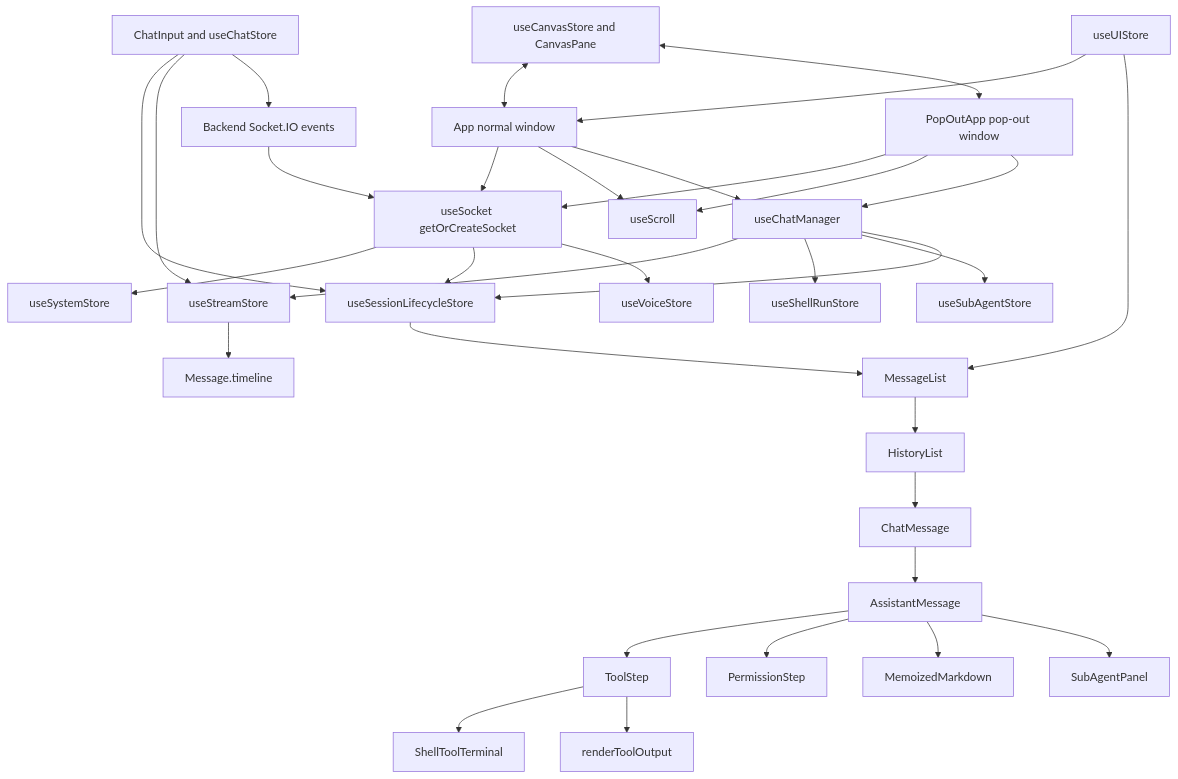
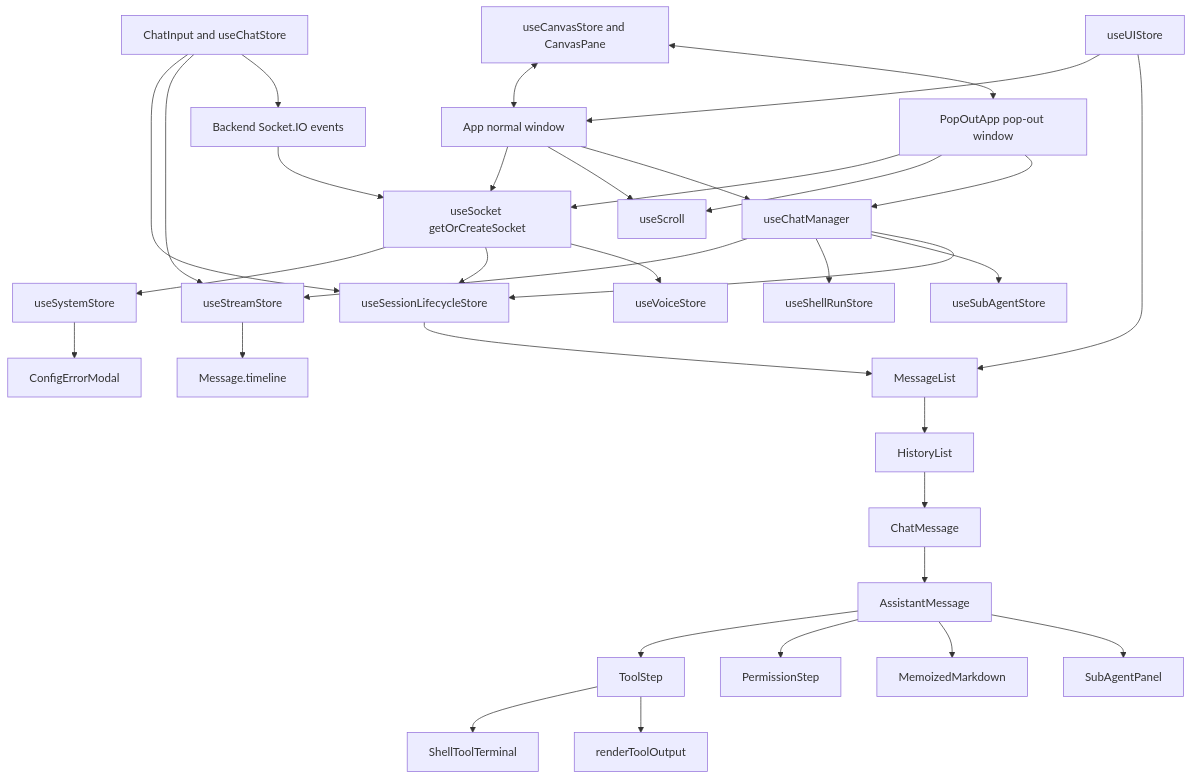
One commit to BitsInBytes/AcpUI changed the diagram in documents/[Feature Doc] - Frontend Architecture.md. Above: the diagram before and after it, drawn with Mermaid. The commit also changed other lines of this file and 68 other files, not shown here.

````diff
--- a/documents/[Feature Doc] - Frontend Architecture.md
+++ b/documents/[Feature Doc] - Frontend Architecture.md
@@ -160,40 +161,41 @@
 ```mermaid
 flowchart TB
   Backend[Backend Socket.IO events] --> Socket[useSocket getOrCreateSocket]
   Socket --> System[useSystemStore]
+  System --> ConfigModal[ConfigErrorModal]
   Socket --> Lifecycle[useSessionLifecycleStore]
   Socket --> Voice[useVoiceStore]
 
   AppRoot[App normal window] --> Socket
   PopRoot[PopOutApp pop-out window] --> Socket
   AppRoot --> Scroll[useScroll]
   PopRoot --> Scroll
   AppRoot --> ChatMgr[useChatManager]
   PopRoot --> ChatMgr
 
   ChatMgr --> Stream[useStreamStore]
   ChatMgr --> Shell[useShellRunStore]
   ChatMgr --> SubAgents[useSubAgentStore]
   ChatMgr --> Lifecycle
 
   Input[ChatInput and useChatStore] --> Lifecycle
   Input --> Stream
   Input --> Backend
 
   Stream --> Timeline[Message.timeline]
   Lifecycle --> MessageList[MessageList]
   MessageList --> HistoryList[HistoryList]
   HistoryList --> ChatMessage[ChatMessage]
   ChatMessage --> Assistant[AssistantMessage]
   Assistant --> ToolStep[ToolStep]
   Assistant --> Permission[PermissionStep]
   Assistant --> Markdown[MemoizedMarkdown]
   Assistant --> SubAgentPanel[SubAgentPanel]
   ToolStep --> ShellTerminal[ShellToolTerminal]
   ToolStep --> Output[renderToolOutput]
 
   Canvas[useCanvasStore and CanvasPane] <--> AppRoot
   Canvas <--> PopRoot
   UI[useUIStore] --> AppRoot
   UI --> MessageList
 ```
````
